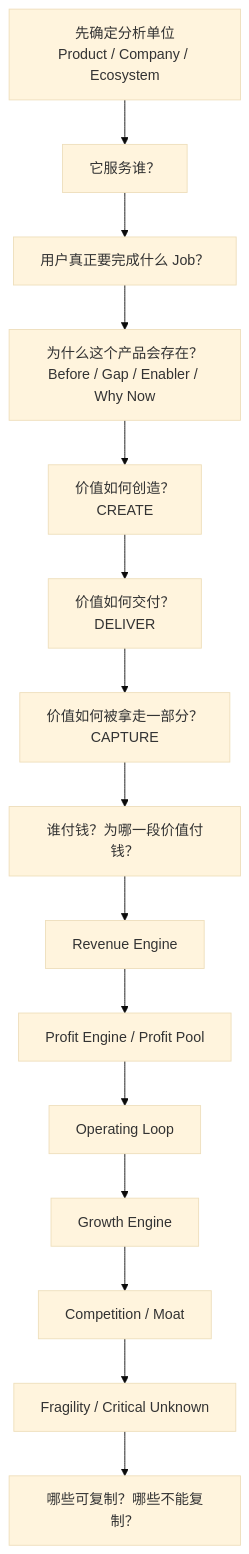
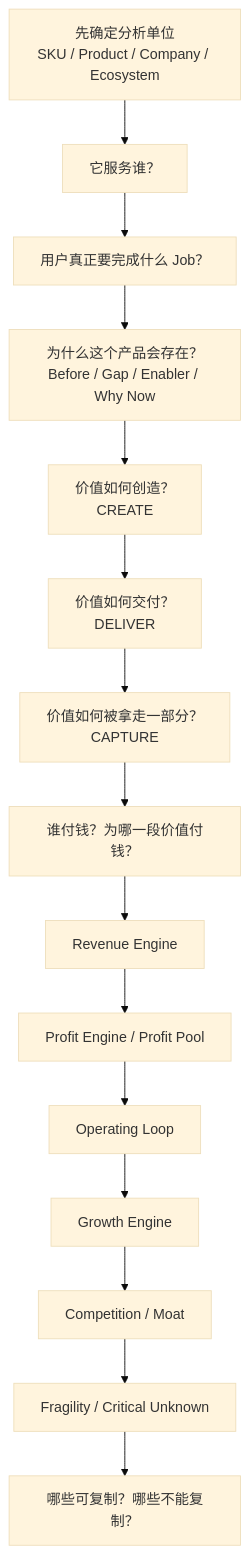
Before and after one commit to entropy-student/spike.skill: the diagram in product-business-teardown/README.md, drawn with Mermaid (base theme). The commit also changed other lines of this file and 28 other files, not shown here.

````diff
--- a/product-business-teardown/README.md
+++ b/product-business-teardown/README.md
@@ -41,17 +87,17 @@
 ```mermaid
 flowchart TD
-    A[先确定分析单位<br/>Product / Company / Ecosystem] --> B[它服务谁？]
+    A[先确定分析单位<br/>SKU / Product / Company / Ecosystem] --> B[它服务谁？]
     B --> C[用户真正要完成什么 Job？]
     C --> D[为什么这个产品会存在？<br/>Before / Gap / Enabler / Why Now]
     D --> E[价值如何创造？<br/>CREATE]
     E --> F[价值如何交付？<br/>DELIVER]
     F --> G[价值如何被拿走一部分？<br/>CAPTURE]
     G --> H[谁付钱？为哪一段价值付钱？]
     H --> I[Revenue Engine]
     I --> J[Profit Engine / Profit Pool]
     J --> K[Operating Loop]
     K --> L[Growth Engine]
     L --> M[Competition / Moat]
     M --> N[Fragility / Critical Unknown]
     N --> O[哪些可复制？哪些不能复制？]
 ```
````
